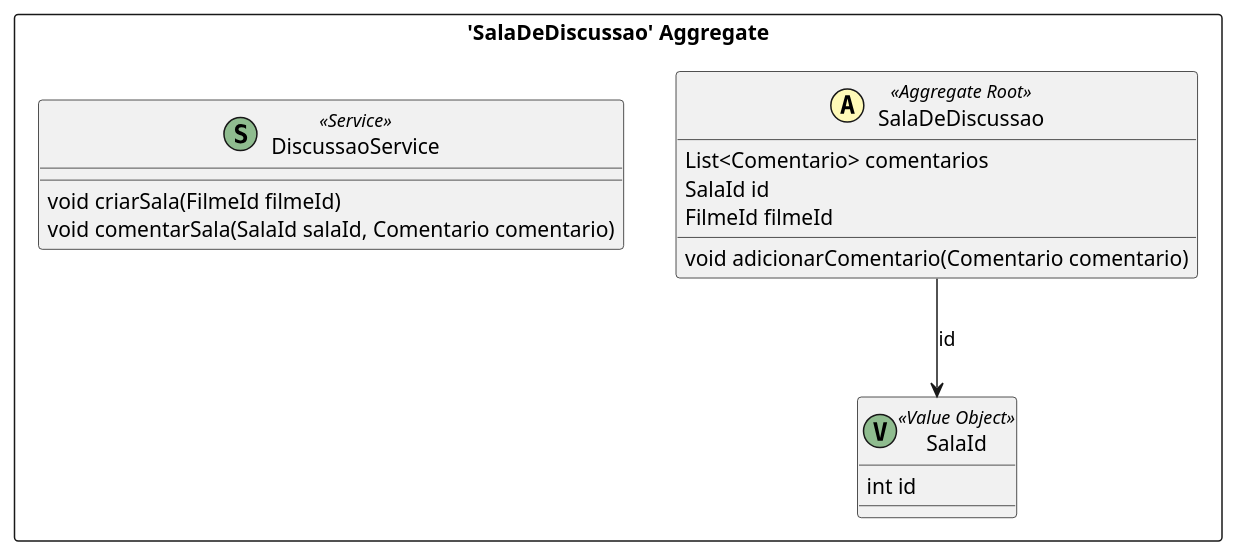
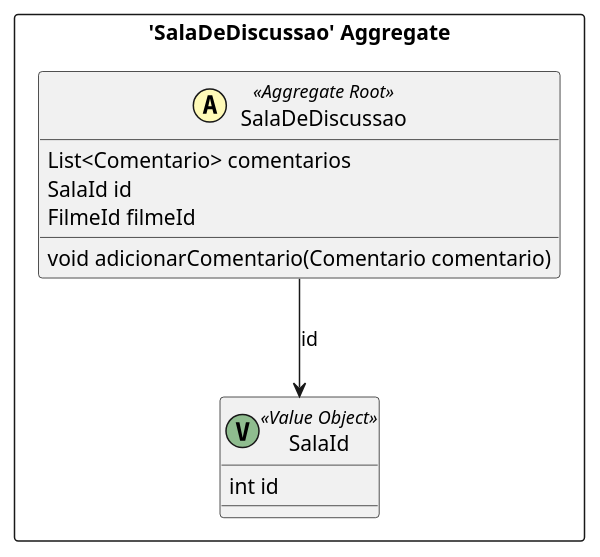
Before and after one commit to mariajuliapessoa/Plataforma-de-Cinema-Brasileiro: the diagram in src-gen/Bracine_BC_Discussao_SalaDeDiscussao.puml, drawn with PlantUML. The commit also changed 10 other files, not shown here.

```diff
--- a/src-gen/Bracine_BC_Discussao_SalaDeDiscussao.puml
+++ b/src-gen/Bracine_BC_Discussao_SalaDeDiscussao.puml
@@ -1,23 +1,19 @@
 @startuml
 
 skinparam componentStyle uml2
 
 package "'SalaDeDiscussao' Aggregate" <<Rectangle>> {
 	class SalaDeDiscussao <<(A,#fffab8) Aggregate Root>> {
 		List<Comentario> comentarios
 		SalaId id
 		FilmeId filmeId
 		void adicionarComentario(Comentario comentario)
 	}
 	class SalaId <<(V,DarkSeaGreen) Value Object>> {
 		int id
 	}
-	class DiscussaoService <<(S,DarkSeaGreen) Service>> {
-		void criarSala(FilmeId filmeId)
-		void comentarSala(SalaId salaId, Comentario comentario)
-	}
 }
 SalaDeDiscussao --> SalaId : id
 
 
 @enduml
```
